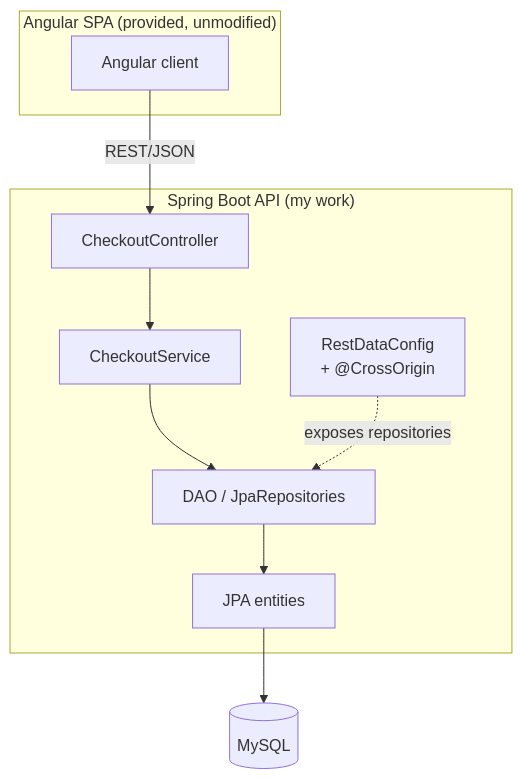
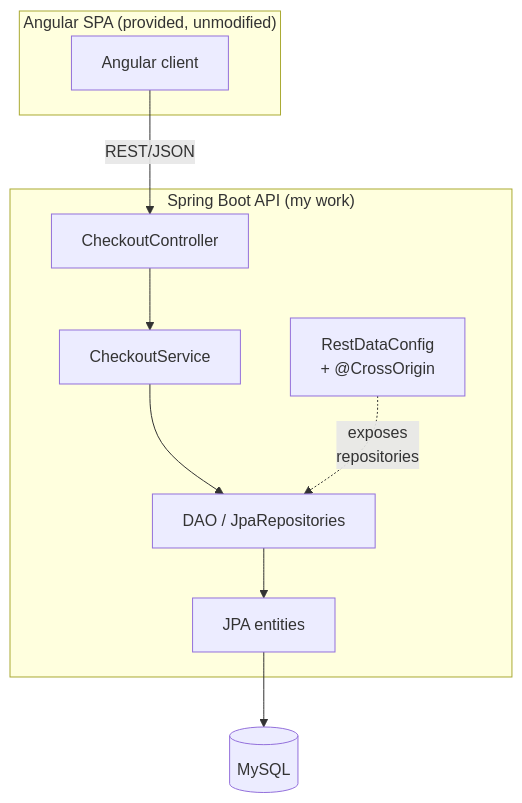
One commit to jdtherobot/jdtherobot.github.io changed the diagram in src/content/readmes/coursework-portfolio/vacation-booking-platform.md. Above: the diagram before and after it, drawn with Mermaid. The commit also changed 8 other files, not shown here.

````diff
--- a/src/content/readmes/coursework-portfolio/vacation-booking-platform.md
+++ b/src/content/readmes/coursework-portfolio/vacation-booking-platform.md
@@ -25,17 +25,17 @@
 ```mermaid
 flowchart TB
     subgraph FE["Angular SPA (provided, unmodified)"]
       NG[Angular client]
     end
     subgraph BE["Spring Boot API (my work)"]
       CTL[CheckoutController]
       SL[CheckoutService]
       DAO[DAO / JpaRepositories]
       ENT[JPA entities]
       CFG[RestDataConfig<br/>+ @CrossOrigin]
     end
     DB[(MySQL)]
     NG -- REST/JSON --> CTL
     CTL --> SL --> DAO --> ENT --> DB
-    CFG -. exposes repositories .-> DAO
+    CFG -.->|"exposes<br/>repositories"| DAO
 ```
````
